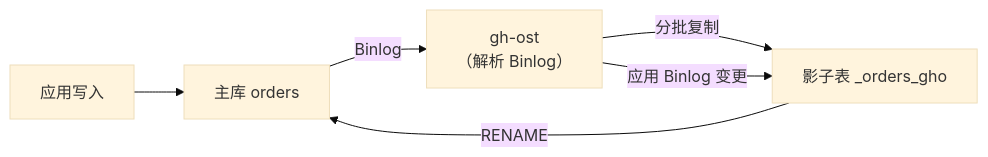
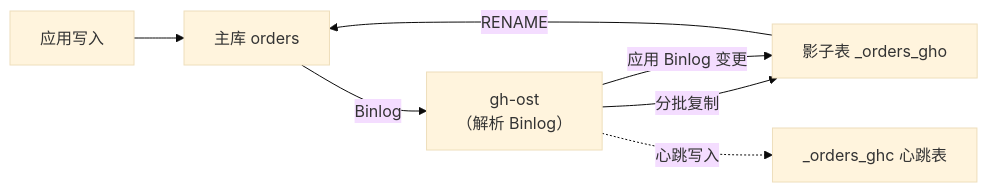
The third of 4 diagrams in docs/03-mysql/08-在线DDL与大表变更.md (b1tzer/b1tzer.github.io), drawn with Mermaid (base theme) before and after one commit. The commit also changed other lines of this file and 13 other files, not shown here.

Commit message:
feat: 增补多文档图示与踩坑案例，优化结构与表述

````diff
--- a/docs/03-mysql/08-在线DDL与大表变更.md
+++ b/docs/03-mysql/08-在线DDL与大表变更.md
@@ -198,8 +348,9 @@
 ```mermaid
 flowchart LR
     App["应用写入"] --> M["主库 orders"]
     M -->|Binlog| Ghost["gh-ost\n（解析 Binlog）"]
     Ghost -->|分批复制| Shadow["影子表 _orders_gho"]
     Ghost -->|应用 Binlog 变更| Shadow
+    Ghost -.心跳写入.-> HB["_orders_ghc 心跳表"]
     Shadow -->|RENAME| M
 ```
````
